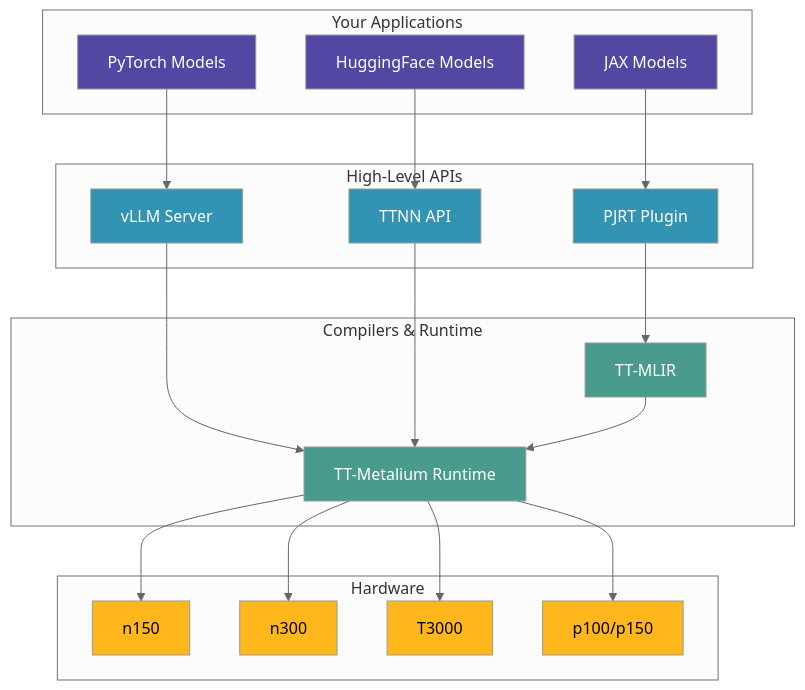
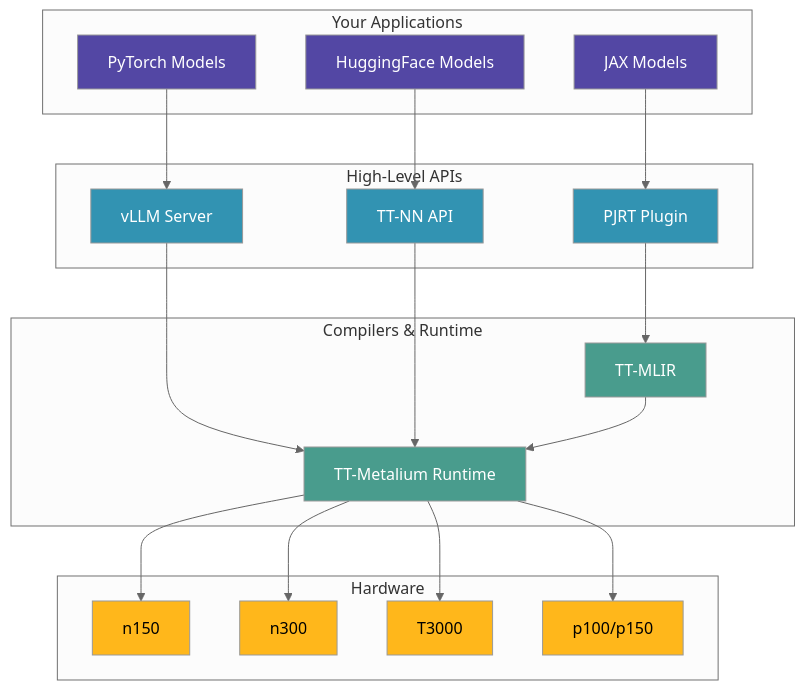
The second of 2 diagrams in content/pages/step-zero.md (tenstorrent/tt-vscode-toolkit), drawn with Mermaid (neutral theme) before and after one commit. The commit also changed other lines of this file and 41 other files, not shown here.

````diff
--- a/content/pages/step-zero.md
+++ b/content/pages/step-zero.md
@@ -93,53 +93,53 @@
 ```mermaid
 graph TB
     subgraph Applications["Your Applications"]
         JAX[JAX Models]
         PyTorch[PyTorch Models]
         HF[HuggingFace Models]
     end
 
     subgraph HighLevel["High-Level APIs"]
         vLLM[vLLM Server]
         PJRT[PJRT Plugin]
-        TTNN[TTNN API]
+        TT-NN[TT-NN API]
     end
 
     subgraph Compiler["Compilers & Runtime"]
         TTMLIR[TT-MLIR]
         TTMetal[TT-Metalium Runtime]
     end
 
     subgraph Hardware["Hardware"]
         n150[n150]
         n300[n300]
         T3000[T3000]
         p100[p100/p150]
     end
 
     JAX --> PJRT
     PyTorch --> vLLM
-    HF --> TTNN
+    HF --> TT-NN
 
     vLLM --> TTMetal
     PJRT --> TTMLIR
-    TTNN --> TTMetal
+    TT-NN --> TTMetal
 
     TTMLIR --> TTMetal
     TTMetal --> n150
     TTMetal --> n300
     TTMetal --> T3000
     TTMetal --> p100
 
     style JAX fill:#5347a4,color:#fff
     style PyTorch fill:#5347a4,color:#fff
     style HF fill:#5347a4,color:#fff
     style vLLM fill:#3293b2,color:#fff
     style PJRT fill:#3293b2,color:#fff
-    style TTNN fill:#3293b2,color:#fff
+    style TT-NN fill:#3293b2,color:#fff
     style TTMLIR fill:#499c8d,color:#fff
     style TTMetal fill:#499c8d,color:#fff
     style n150 fill:#ffb71b,color:#000
     style n300 fill:#ffb71b,color:#000
     style T3000 fill:#ffb71b,color:#000
     style p100 fill:#ffb71b,color:#000
 ```
````
